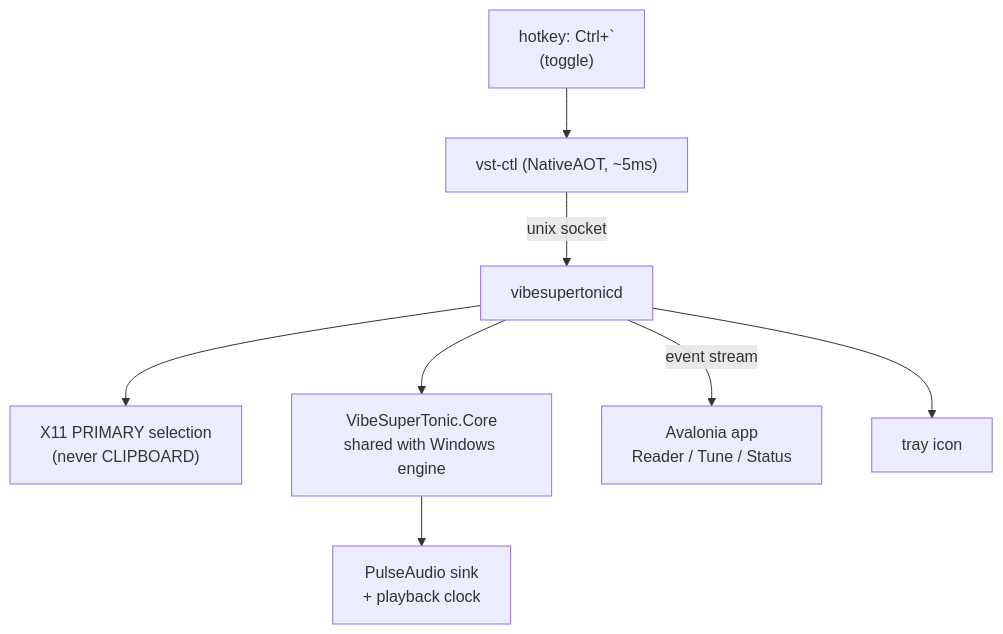
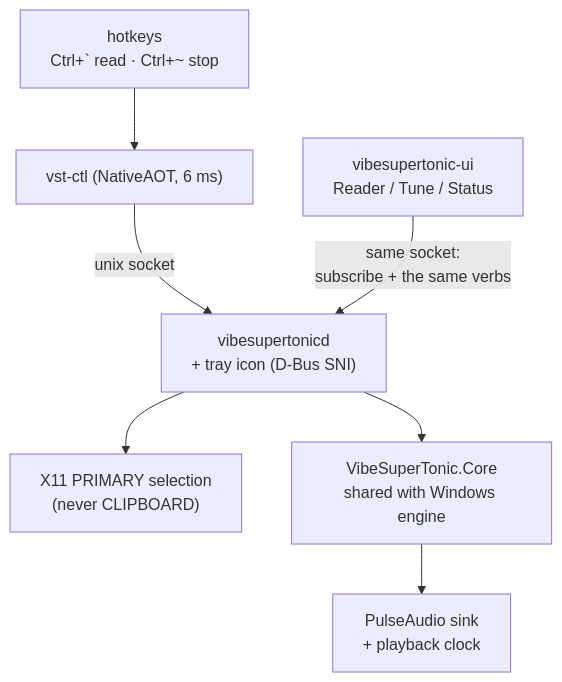
The diagram in docs/LINUX-PORT-PLAN.md (Hananel-Hazan/VibeSuperTonic), drawn with Mermaid before and after one commit. The commit also changed other lines of this file and 1 other file, not shown here.

````diff
--- a/docs/LINUX-PORT-PLAN.md
+++ b/docs/LINUX-PORT-PLAN.md
@@ -287,10 +292,9 @@
 ```mermaid
 flowchart TD
-    HK["hotkey: Ctrl+`<br/>(toggle)"] --> CTL
-    CTL["vst-ctl (NativeAOT, ~5ms)"] -->|unix socket| D
-    D["vibesupertonicd"] --> SEL["X11 PRIMARY selection<br/>(never CLIPBOARD)"]
+    HK["hotkeys<br/>Ctrl+` read · Ctrl+~ stop"] --> CTL
+    CTL["vst-ctl (NativeAOT, 6 ms)"] -->|unix socket| D
+    UI["vibesupertonic-ui<br/>Reader / Tune / Status"] -->|same socket:<br/>subscribe + the same verbs| D
+    D["vibesupertonicd<br/>+ tray icon (D-Bus SNI)"] --> SEL["X11 PRIMARY selection<br/>(never CLIPBOARD)"]
     D --> CORE["VibeSuperTonic.Core<br/>shared with Windows engine"]
     CORE --> PA["PulseAudio sink<br/>+ playback clock"]
-    D -->|event stream| UI["Avalonia app<br/>Reader / Tune / Status"]
-    D --> TRAY["tray icon"]
 ```
````
